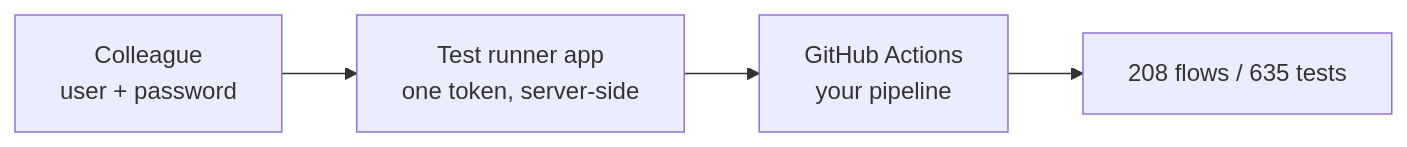
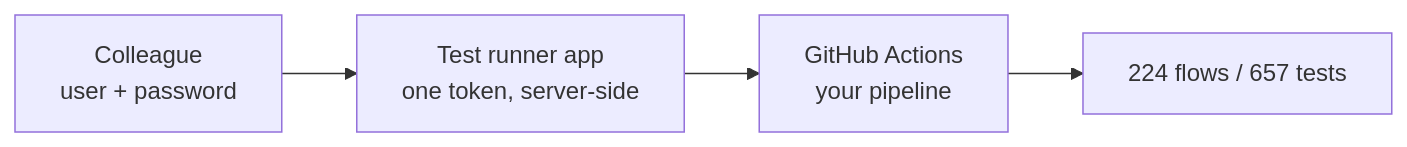
Before and after one commit to asaf-1/Agents-Playground: the diagram in docs/features/test-runner.md, drawn with Mermaid. The commit also changed other lines of this file and 73 other files, not shown here.

````diff
--- a/docs/features/test-runner.md
+++ b/docs/features/test-runner.md
@@ -21,6 +21,6 @@
 ```mermaid
 flowchart LR
   colleague["Colleague<br/>user + password"] --> runner["Test runner app<br/>one token, server-side"]
   runner --> gha["GitHub Actions<br/>your pipeline"]
-  gha --> tests["208 flows / 635 tests"]
+  gha --> tests["224 flows / 657 tests"]
 ```
````
